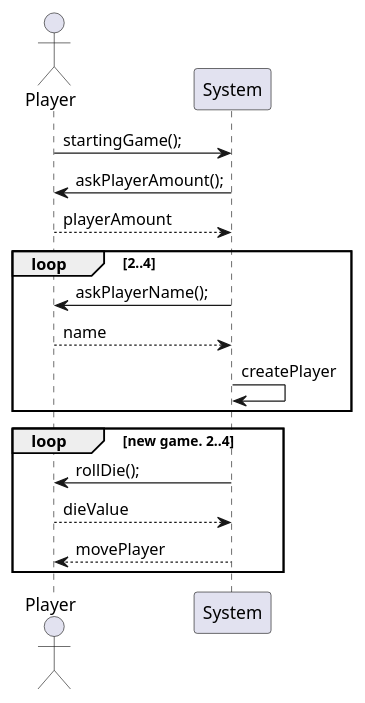
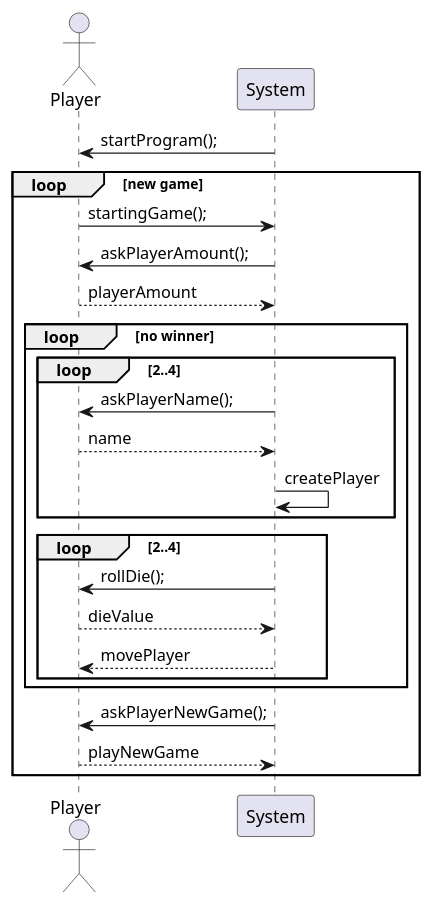
One commit to GoodGithubAccount/02_CDIO3 changed the diagram in src/Game/Diagrams/SystemSequenceDiagram.puml. Above: the diagram before and after it, drawn with PlantUML.

Commit message:
Systemsequencediagram-update

```diff
--- a/src/Game/Diagrams/SystemSequenceDiagram.puml
+++ b/src/Game/Diagrams/SystemSequenceDiagram.puml
@@ -1,21 +1,26 @@
 @startuml
 'https://plantuml.com/sequence-diagram
 
 actor Player
+System -> Player: startProgram();
+loop new game
 System <- Player: startingGame();
 System -> Player: askPlayerAmount();
 Player --> System: playerAmount
-
+loop no winner
 loop 2..4
 
 System -> Player : askPlayerName();
 Player --> System: name
 System -> System: createPlayer
 end
-loop new game. 2..4
+loop  2..4
 System -> Player: rollDie();
 Player --> System: dieValue
 System --> Player: movePlayer
-
+end
+end
+System -> Player: askPlayerNewGame();
+Player --> System: playNewGame
 end
 @enduml
```
